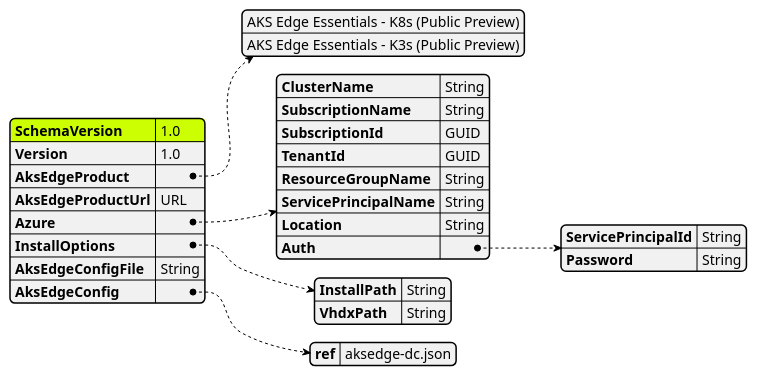
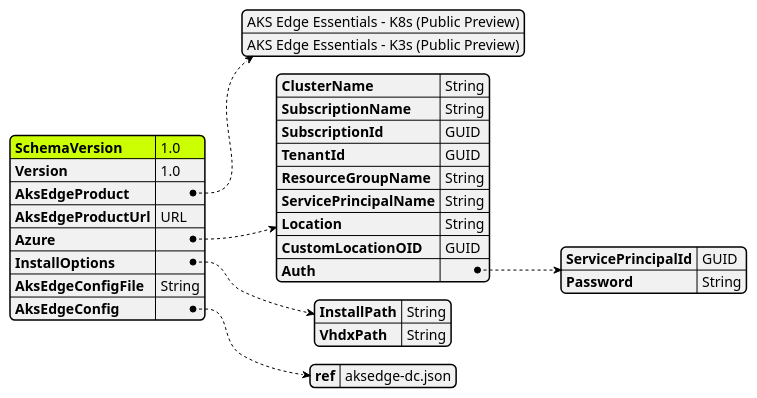
The diagram in tools/modules/AksEdgeDeploy/aide-userconfig.puml (Azure/AKS-Edge), drawn with PlantUML before and after one commit. The commit also changed 8 other files, not shown here.

```diff
--- a/tools/modules/AksEdgeDeploy/aide-userconfig.puml
+++ b/tools/modules/AksEdgeDeploy/aide-userconfig.puml
@@ -1,59 +1,60 @@
 @startjson AksEdgeDeploy
 <style>
 jsonDiagram {
     node {
         FontName Segoe UI SemiBold
         FontColor blue
         FontSize 14
         RoundCorner 10
         LineThickness 1
         separator {
             LineThickness 0.25
             LineColor black
         }
     }
     arrow {
         LineColor blue
         LineThickness 1
         LineStyle 2;5
     }
     highlight {
         BackgroundColor Blue
         FontColor White
     }
 }
 </style>
 #highlight "SchemaVersion"
 {
     "SchemaVersion":"1.0",
     "Version":"1.0",
     "AksEdgeProduct" : [
                 "AKS Edge Essentials - K8s (Public Preview)",
                 "AKS Edge Essentials - K3s (Public Preview)"
             ],
     "AksEdgeProductUrl" : "URL",
     "Azure":{
         "ClusterName":"String",
         "SubscriptionName":"String",
         "SubscriptionId": "GUID",
         "TenantId":"GUID",
         "ResourceGroupName": "String",
         "ServicePrincipalName" : "String",
         "Location" : "String",
+        "CustomLocationOID":"GUID",
         "Auth": {
-            "ServicePrincipalId" : "String",
+            "ServicePrincipalId" : "GUID",
             "Password" : "String"
         }
     }
     ,
     "InstallOptions":{
         "InstallPath":"String",
         "VhdxPath":"String"
     }
     ,
     "AksEdgeConfigFile":"String",
     "AksEdgeConfig":{
         "ref" :"aksedge-dc.json"
     }
 }
 @endjson
```
